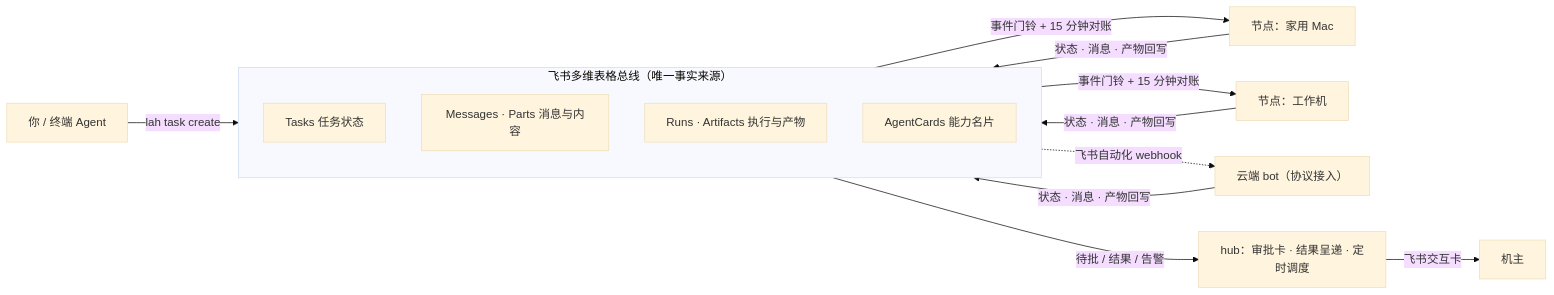
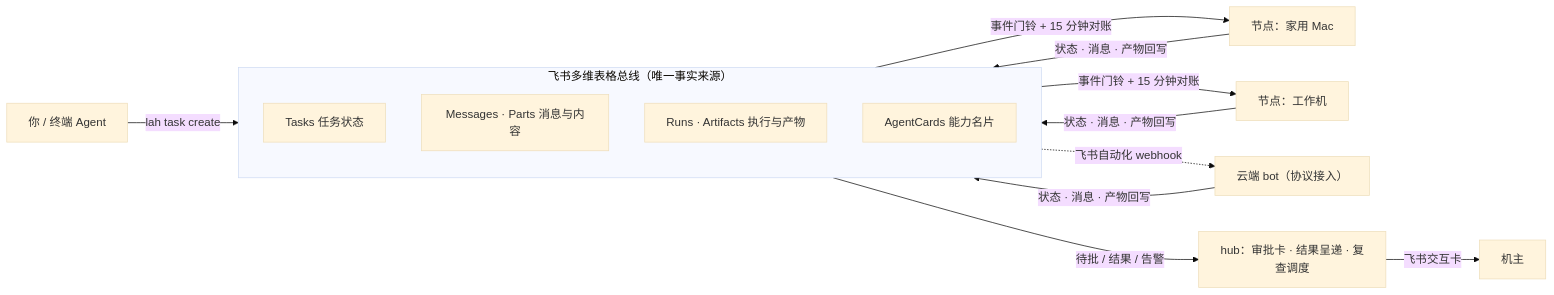
The first of 2 diagrams in README.md (backtomyfuture/lark-a2a-hub), drawn with Mermaid (base theme) before and after one commit. The commit also changed other lines of this file and 35 other files, not shown here.

````diff
--- a/README.md
+++ b/README.md
@@ -47,17 +47,17 @@
 ```mermaid
 flowchart LR
     OP["你 / 终端 Agent"] -->|"lah task create"| BUS
     subgraph BUS["飞书多维表格总线（唯一事实来源）"]
         direction TB
         T["Tasks 任务状态"]
         M["Messages · Parts 消息与内容"]
         R["Runs · Artifacts 执行与产物"]
         C["AgentCards 能力名片"]
     end
     BUS -->|"事件门铃 + 15 分钟对账"| N1["节点：家用 Mac"]
     BUS -->|"事件门铃 + 15 分钟对账"| N2["节点：工作机"]
     BUS -.->|"飞书自动化 webhook"| N3["云端 bot（协议接入）"]
     N1 & N2 & N3 -->|"状态 · 消息 · 产物回写"| BUS
-    BUS -->|"待批 / 结果 / 告警"| HUB["hub：审批卡 · 结果呈递 · 定时调度"]
+    BUS -->|"待批 / 结果 / 告警"| HUB["hub：审批卡 · 结果呈递 · 复查调度"]
     HUB -->|"飞书交互卡"| OWNER["机主"]
 ```
````
